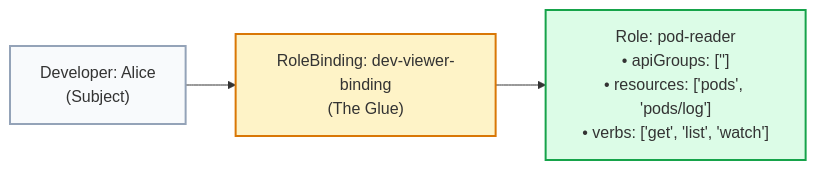
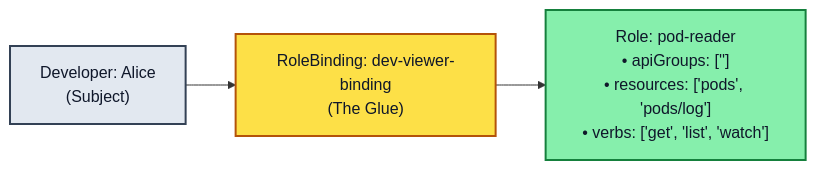
One commit to PandeyKishan/Study-Notes changed the third of 3 diagrams in 02-Kubernetes/04-Storage-Config-and-Security.md. Above: the diagram before and after it, drawn with Mermaid. The commit also changed other lines of this file and 22 other files, not shown here.

Commit message:
docs: enhance diagram visibility with high-contrast palette and add concise book definitions

````diff
--- a/02-Kubernetes/04-Storage-Config-and-Security.md
+++ b/02-Kubernetes/04-Storage-Config-and-Security.md
@@ -157,9 +176,9 @@
 ```mermaid
 flowchart LR
     User["Developer: Alice\n(Subject)"] --> RB["RoleBinding: dev-viewer-binding\n(The Glue)"]
     RB --> Role["Role: pod-reader\n• apiGroups: ['']\n• resources: ['pods', 'pods/log']\n• verbs: ['get', 'list', 'watch']"]
 
-    style User fill:#f8fafc,stroke:#94a3b8,stroke-width:2px
-    style RB fill:#fef3c7,stroke:#d97706,stroke-width:2px
-    style Role fill:#dcfce7,stroke:#16a34a,stroke-width:2px
+    style User fill:#e2e8f0,stroke:#334155,stroke-width:2px,color:#0f172a
+    style RB fill:#fde047,stroke:#b45309,stroke-width:2px,color:#0f172a
+    style Role fill:#86efac,stroke:#15803d,stroke-width:2px,color:#0f172a
 ```
````
